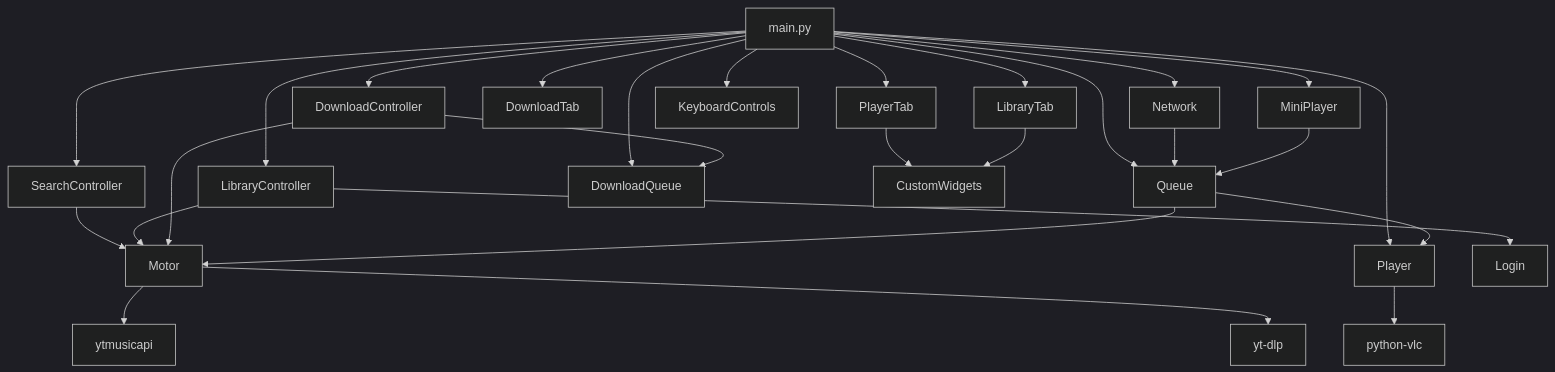
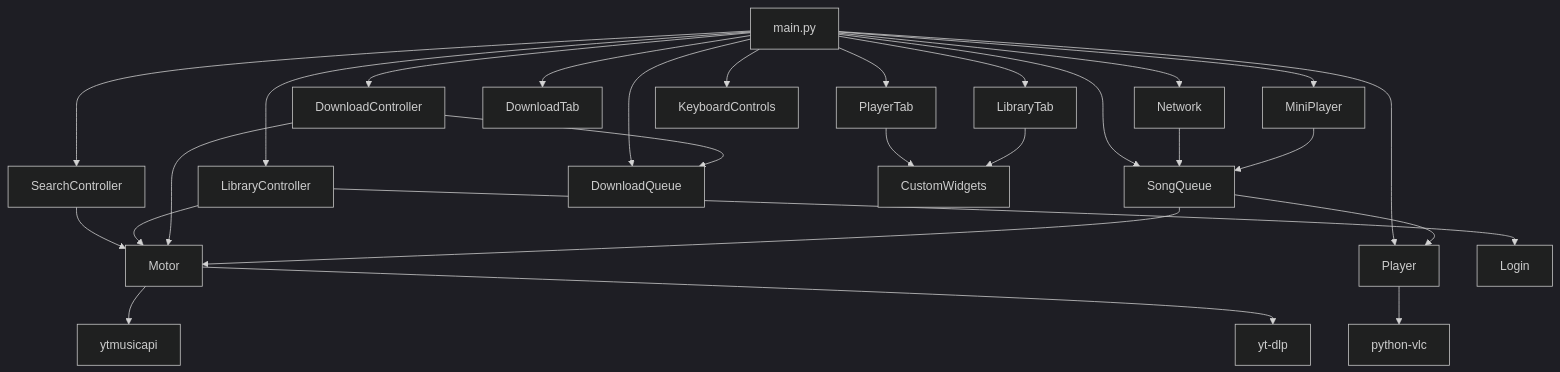
Before and after one commit to Adambabb/ReproBabb: the diagram in README.md, drawn with Mermaid (dark theme). The commit also changed other lines of this file, not shown here.

````diff
--- a/README.md
+++ b/README.md
@@ -112,29 +114,29 @@
 ```mermaid
 graph TD
     main[main.py] --> SC[SearchController]
     main --> LC[LibraryController]
     main --> DC[DownloadController]
     main --> PT[PlayerTab]
     main --> LT[LibraryTab]
     main --> DT[DownloadTab]
     main --> MP[MiniPlayer]
     main --> KC[KeyboardControls]
     main --> P[Player]
-    main --> Q[Queue]
+    main --> Q[SongQueue]
     main --> DQ[DownloadQueue]
     main --> N[Network]
     SC --> M[Motor]
     LC --> M
     LC --> L[Login]
     DC --> M
     DC --> DQ
     Q --> M
     Q --> P
     N --> Q
     MP --> Q
     PT --> CW[CustomWidgets]
     LT --> CW
     M --> YTM[ytmusicapi]
     M --> YDL[yt-dlp]
     P --> VLC[python-vlc]
 ```
````
